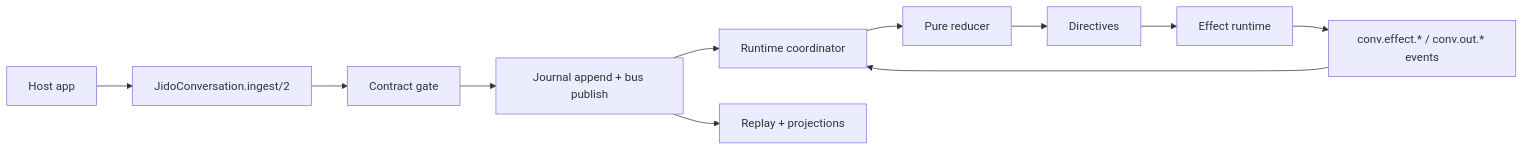
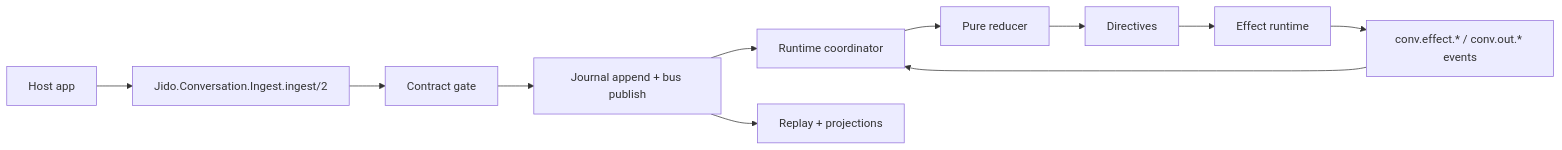
The diagram in docs/user/01_overview_and_architecture.md (pcharbon70/jido_conversation), drawn with Mermaid before and after one commit. The commit also changed other lines of this file and 122 other files, not shown here.

Commit message:
refactor: unify namespaces to Jido.Conversation

````diff
--- a/docs/user/01_overview_and_architecture.md
+++ b/docs/user/01_overview_and_architecture.md
@@ -48,13 +48,13 @@
 ```mermaid
 flowchart LR
-  A["Host app"] --> B["JidoConversation.ingest/2"]
+  A["Host app"] --> B["Jido.Conversation.Ingest.ingest/2"]
   B --> C["Contract gate"]
   C --> D["Journal append + bus publish"]
   D --> E["Runtime coordinator"]
   E --> F["Pure reducer"]
   F --> G["Directives"]
   G --> H["Effect runtime"]
   H --> I["conv.effect.* / conv.out.* events"]
   I --> E
   D --> J["Replay + projections"]
 ```
````
